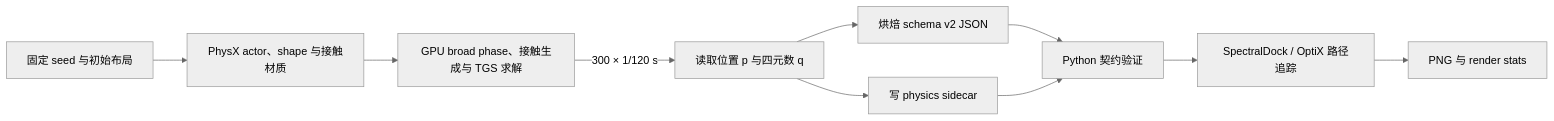
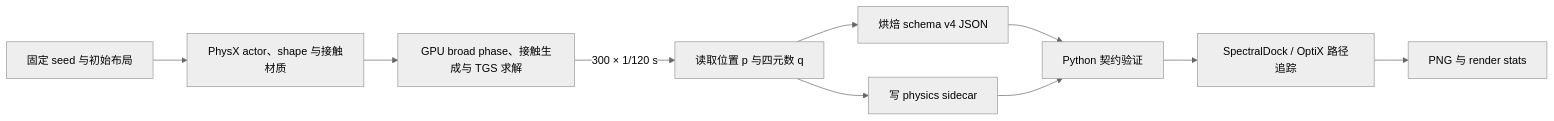
One commit to goooxu/SpectralDock changed the diagram in docs/technical-report/10-physx-rigid-body-scene-baking.md. Above: the diagram before and after it, drawn with Mermaid (neutral theme). The commit also changed other lines of this file and 50 other files, not shown here.

Commit message:
refactor: focus project on graphics research

```diff
--- a/docs/technical-report/10-physx-rigid-body-scene-baking.md
+++ b/docs/technical-report/10-physx-rigid-body-scene-baking.md
@@ -18,12 +18,12 @@
 ~~~mermaid
 flowchart LR
     A["固定 seed 与初始布局"] --> B["PhysX actor、shape 与接触材质"]
     B --> C["GPU broad phase、接触生成与 TGS 求解"]
     C -->|"300 × 1/120 s"| D["读取位置 p 与四元数 q"]
-    D --> E["烘焙 schema v2 JSON"]
+    D --> E["烘焙 schema v4 JSON"]
     D --> F["写 physics sidecar"]
     E --> G["Python 契约验证"]
     F --> G
     G --> H["SpectralDock / OptiX 路径追踪"]
     H --> I["PNG 与 render stats"]
 ~~~
```
